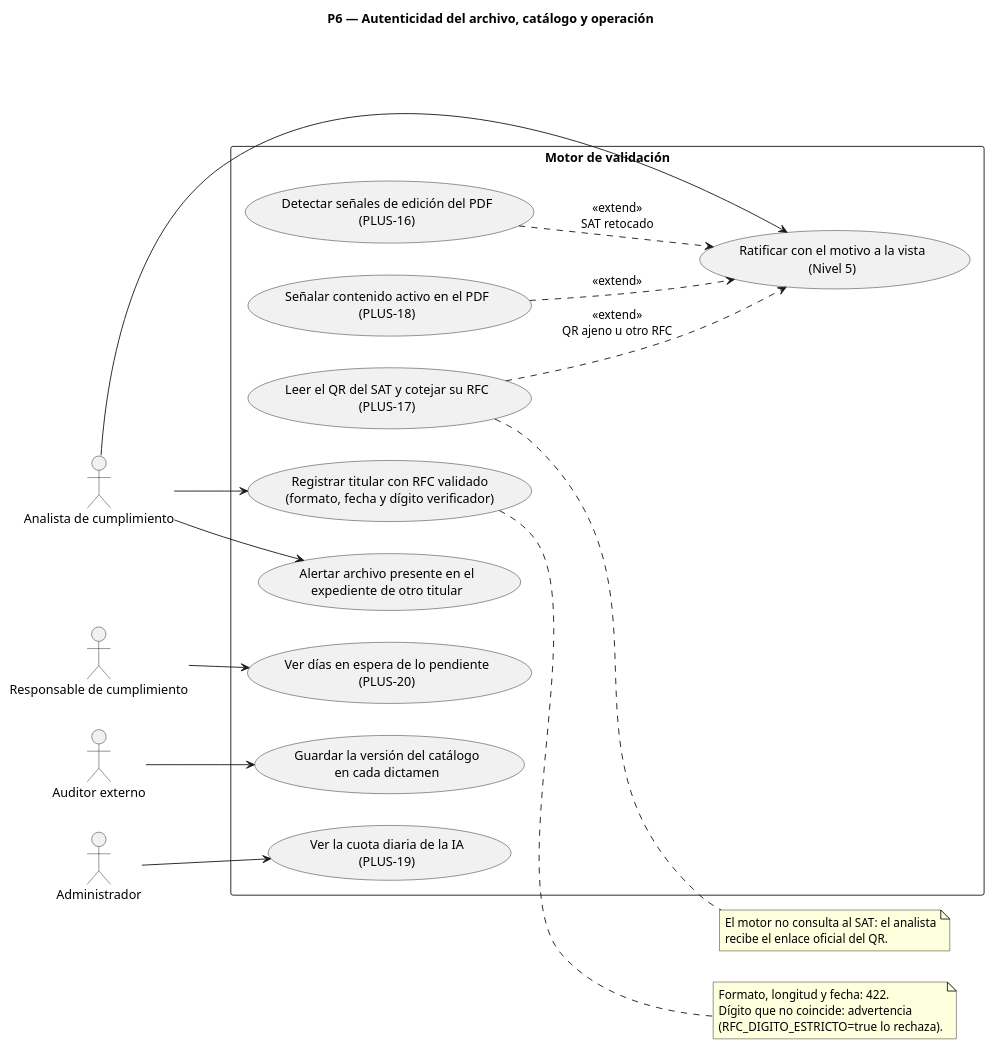
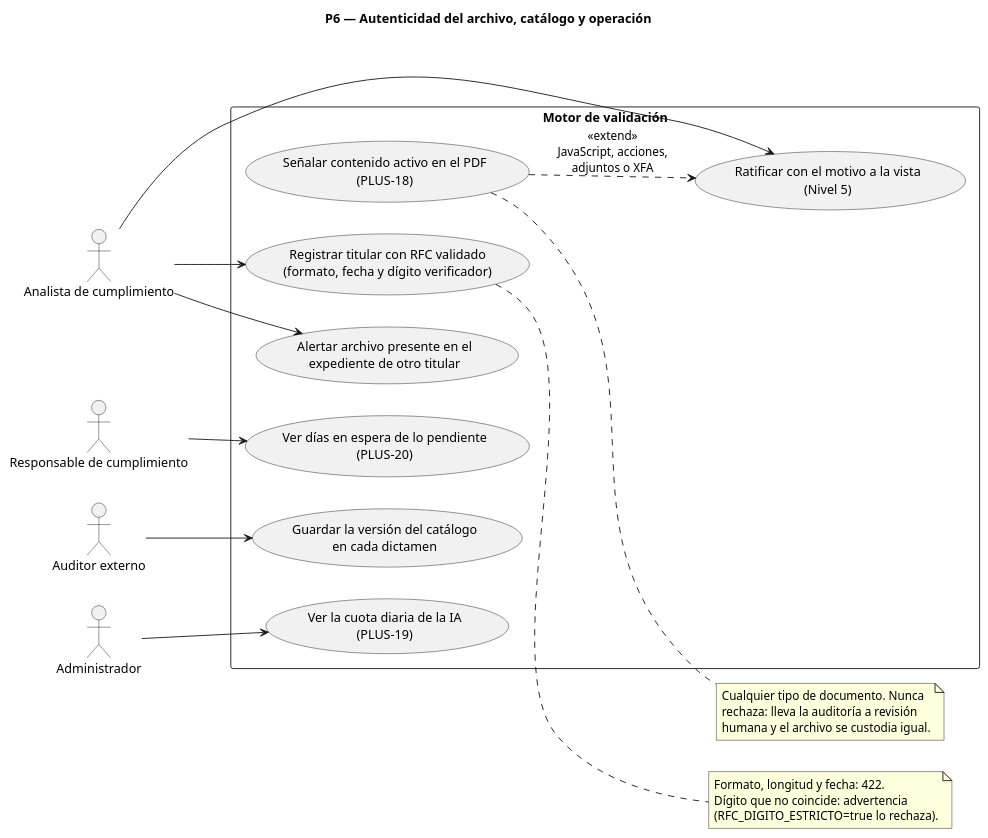
One commit to oliverpelay82-stack/G19X-ITCH-OVP-816-ACADEMIC changed the diagram in docs/uml/p6-casos-de-uso-autenticidad.puml. Above: the diagram before and after it, drawn with PlantUML. The commit also changed 17 other files, not shown here.

First line of the commit message:
perf(ai-service): lectura completa del OCR en flujo continuo, sin montar la bóveda (RNF-02)

```diff
--- a/docs/uml/p6-casos-de-uso-autenticidad.puml
+++ b/docs/uml/p6-casos-de-uso-autenticidad.puml
@@ -1,52 +1,51 @@
 @startuml p6-casos-de-uso-autenticidad
 ' P6 — Autenticidad del archivo, trazabilidad del catálogo y operación.
-' Trazabilidad: M1 (HU-49; DOC-02), PLUS-16 (HU-50; NOM-151), PLUS-17 (HU-51;
-' DOC-02), PLUS-18 (HU-52; ISO/IEC 27001 A.8.7), M5 (HU-53; RN-03), M6 (HU-54;
-' protocolo del DOC-05), PLUS-19 (HU-55; RNF-02), PLUS-20 (HU-56; ISO 30301), Q-a.
-' Implementación prevista: services/core-service/motor/rfc.py, motor/senales_pdf.py,
+' Trazabilidad: M1 (HU-49; DOC-02), PLUS-18 (HU-52; ISO/IEC 27001 A.8.7),
+' M5 (HU-53; RN-03), M6 (HU-54; protocolo del DOC-05), PLUS-19 (HU-55; RNF-02),
+' PLUS-20 (HU-56; ISO 30301), Q-a.
+' Implementación: services/core-service/motor/rfc.py, motor/senales_pdf.py,
 ' motor/cumplimiento.py; services/rules-service (versión del catálogo);
-' services/ai-service/pipelines/qr_sat.py y clients/groq_client.py (cuota).
+' services/ai-service/pipelines/cuota_diaria.py y clients/groq_client.py.
+' PLUS-16 (señales de edición, HU-50) y PLUS-17 (QR del SAT, HU-51) se retiraron
+' el 02/10/2026 (PRD §21.8); este diagrama refleja el código vigente.
 
 title P6 — Autenticidad del archivo, catálogo y operación
 
 left to right direction
 skinparam packageStyle rectangle
 
 actor "Analista de cumplimiento" as Analista
 actor "Responsable de cumplimiento" as Responsable
 actor "Auditor externo" as Auditor
 actor "Administrador" as Admin
 
 rectangle "Motor de validación" {
   usecase "Registrar titular con RFC validado\n(formato, fecha y dígito verificador)" as UC1
-  usecase "Detectar señales de edición del PDF\n(PLUS-16)" as UC2
-  usecase "Leer el QR del SAT y cotejar su RFC\n(PLUS-17)" as UC3
   usecase "Señalar contenido activo en el PDF\n(PLUS-18)" as UC4
   usecase "Alertar archivo presente en el\nexpediente de otro titular" as UC5
   usecase "Guardar la versión del catálogo\nen cada dictamen" as UC6
   usecase "Ver la cuota diaria de la IA\n(PLUS-19)" as UC7
   usecase "Ver días en espera de lo pendiente\n(PLUS-20)" as UC8
   usecase "Ratificar con el motivo a la vista\n(Nivel 5)" as UC9
 }
 
 Analista --> UC1
 Analista --> UC9
-UC2 ..> UC9 : <<extend>>\nSAT retocado
-UC3 ..> UC9 : <<extend>>\nQR ajeno u otro RFC
-UC4 ..> UC9 : <<extend>>
+UC4 ..> UC9 : <<extend>>\nJavaScript, acciones,\nadjuntos o XFA
 Analista --> UC5
 Auditor --> UC6
 Admin --> UC7
 Responsable --> UC8
 
 note right of UC1
   Formato, longitud y fecha: 422.
   Dígito que no coincide: advertencia
   (RFC_DIGITO_ESTRICTO=true lo rechaza).
 end note
 
-note right of UC3
-  El motor no consulta al SAT: el analista
-  recibe el enlace oficial del QR.
+note right of UC4
+  Cualquier tipo de documento. Nunca
+  rechaza: lleva la auditoría a revisión
+  humana y el archivo se custodia igual.
 end note
 @enduml
```
